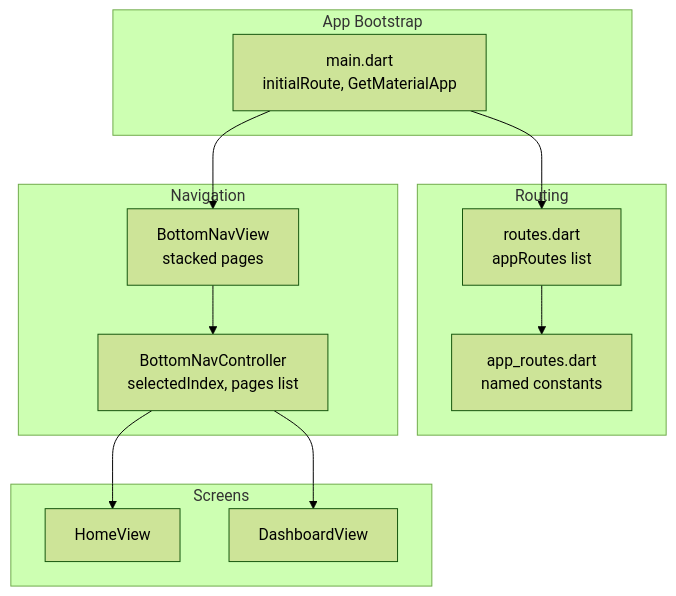
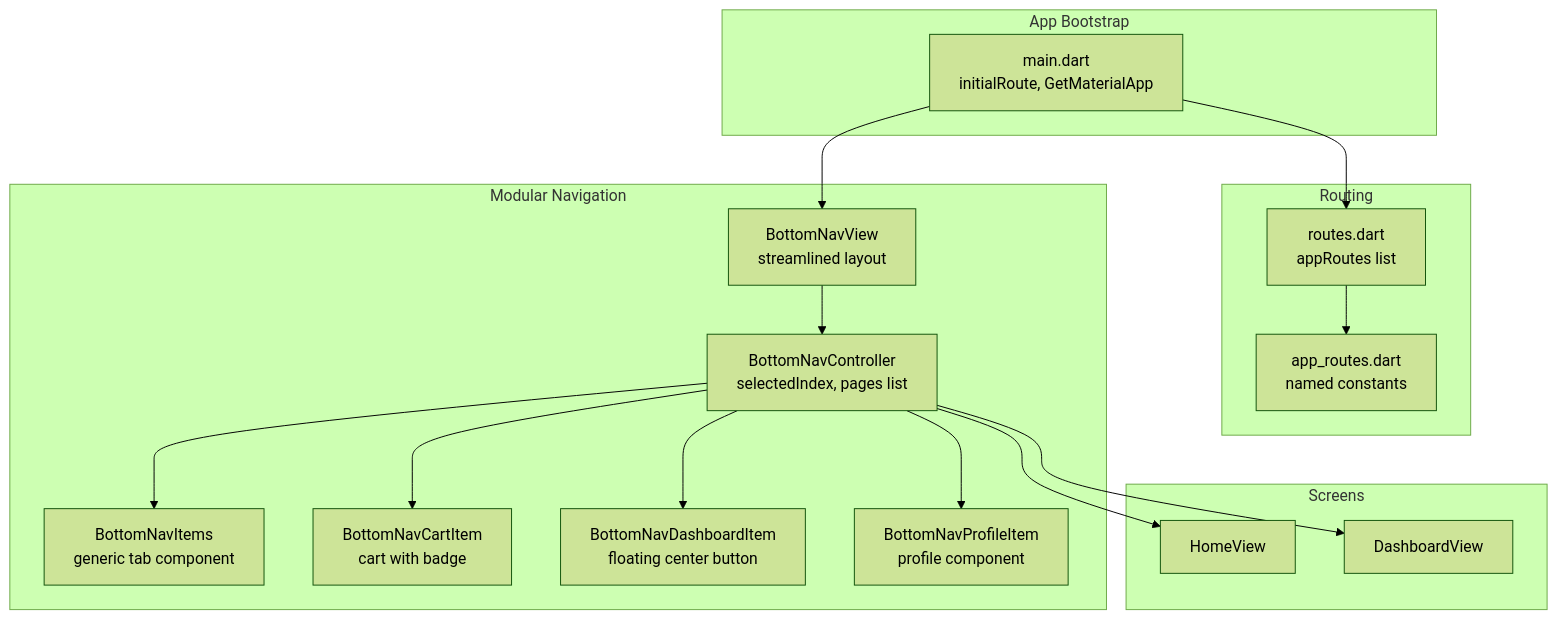
The first of 9 diagrams in .qoder/repowiki/en/content/Core Features/Dashboard and Navigation.md (Ariful3111/FurniGo), drawn with Mermaid (forest theme) before and after one commit. The commit also changed other lines of this file and 11 other files, not shown here.

````diff
--- a/.qoder/repowiki/en/content/Core Features/Dashboard and Navigation.md
+++ b/.qoder/repowiki/en/content/Core Features/Dashboard and Navigation.md
@@ -37,24 +51,32 @@
 ```mermaid
 graph TB
 subgraph "App Bootstrap"
 MAIN["main.dart<br/>initialRoute, GetMaterialApp"]
 end
 subgraph "Routing"
 ROUTES["routes.dart<br/>appRoutes list"]
 AR["app_routes.dart<br/>named constants"]
 end
-subgraph "Navigation"
-BNV["BottomNavView<br/>stacked pages"]
+subgraph "Modular Navigation"
+BNV["BottomNavView<br/>streamlined layout"]
 BNC["BottomNavController<br/>selectedIndex, pages list"]
+BNI["BottomNavItems<br/>generic tab component"]
+BNCART["BottomNavCartItem<br/>cart with badge"]
+BNDASH["BottomNavDashboardItem<br/>floating center button"]
+BNPROF["BottomNavProfileItem<br/>profile component"]
 end
 subgraph "Screens"
 HOME["HomeView"]
 DASH["DashboardView"]
 end
 MAIN --> ROUTES
 ROUTES --> AR
 MAIN --> BNV
 BNV --> BNC
+BNC --> BNI
+BNC --> BNCART
+BNC --> BNDASH
+BNC --> BNPROF
 BNC --> HOME
 BNC --> DASH
 ```
````
